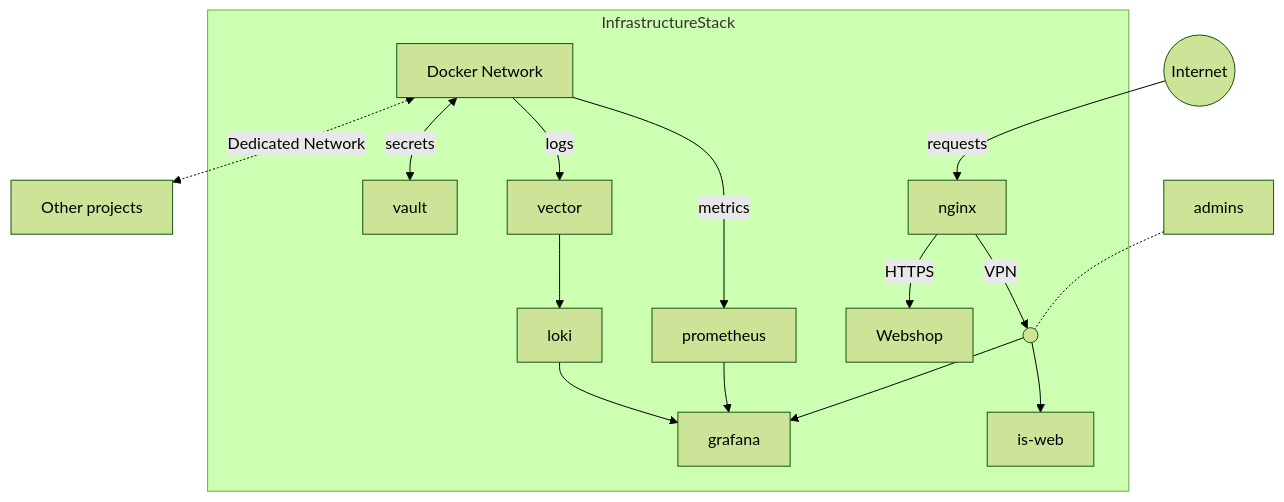
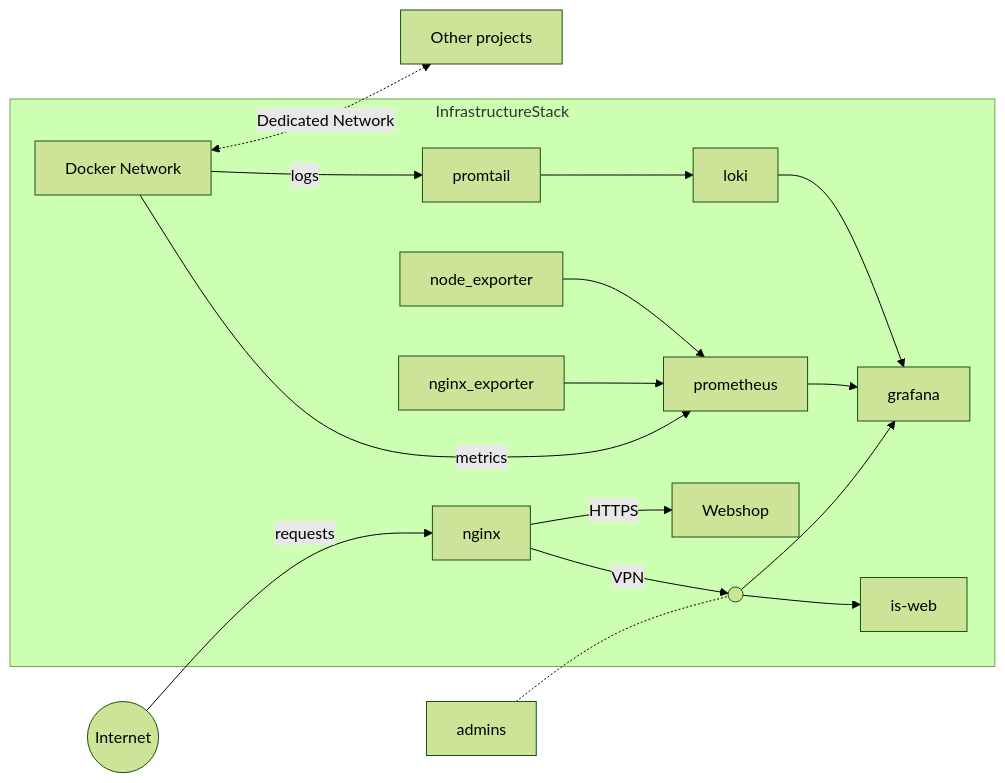
One commit to MKRO-JWL/pjs-ecosystem-docs changed the second of 5 diagrams in SOFTWARE_ECOSYSTEM.md. Above: the diagram before and after it, drawn with Mermaid (forest theme). The commit also changed other lines of this file, not shown here.

Commit message:
Sync from MKRO-JWL/InfrastructureStack

````diff
--- a/SOFTWARE_ECOSYSTEM.md
+++ b/SOFTWARE_ECOSYSTEM.md
@@ -41,20 +43,34 @@
 ```mermaid
-graph TB
+graph LR
     subgraph InfrastructureStack
         nginx --> |VPN| vpn_junction(( ))
         vpn_junction --> is-web
         vpn_junction --> grafana
         nginx --> |HTTPS| Webshop
-        vector --> loki --> grafana
+
+        %% Observability stack
+        node_exporter --> prometheus
+        nginx_exporter --> prometheus
+        promtail --> loki --> grafana
         prometheus --> grafana
-        vault
+
+        %% vault (legacy: overkill secrets platform; replaced by Docker secrets + host hygiene)
         net[Docker Network]
     end
+
     other[Other projects]
     net --> |metrics| prometheus
-    net -->|logs| vector
-    net <-->|secrets| vault
-    net <-.-> |Dedicated Network|other
+    net -->|logs| promtail
+    net <-.-> |Dedicated Network| other
+
     Internet((Internet)) -->|requests| nginx
     admins -.- vpn_junction
+
+    %% Notes:
+    %% - Node Exporter → system metrics
+    %% - NGINX Exporter → web metrics
+    %% - Promtail → log shipper to Loki
+    %% - Loki → centralized log storage
+    %% - Prometheus → metric aggregation
+    %% - Grafana → unified dashboards (metrics + logs)
 ```
````
